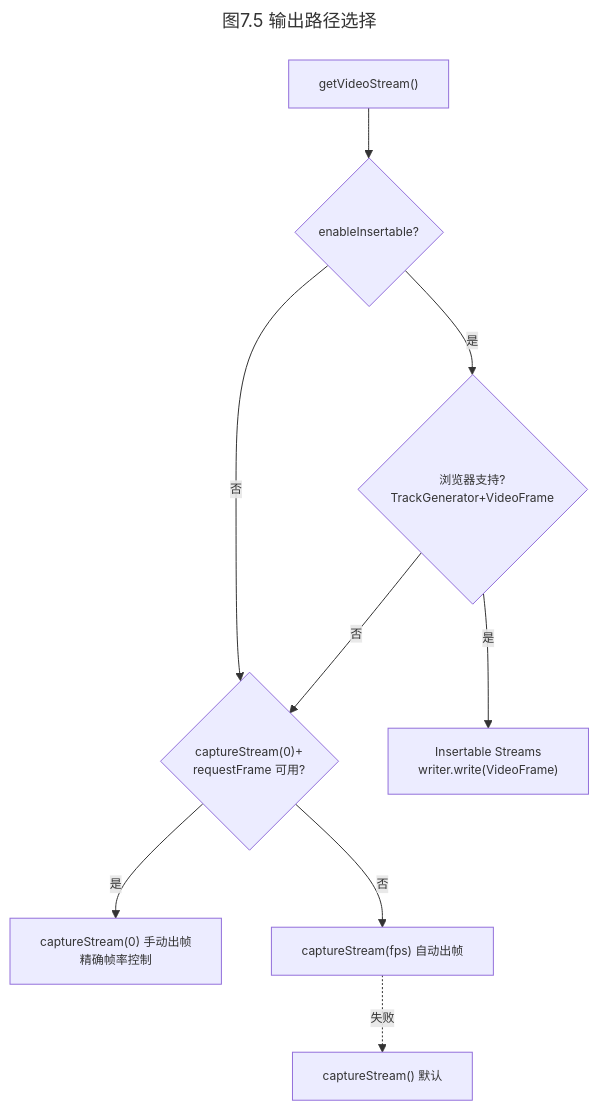
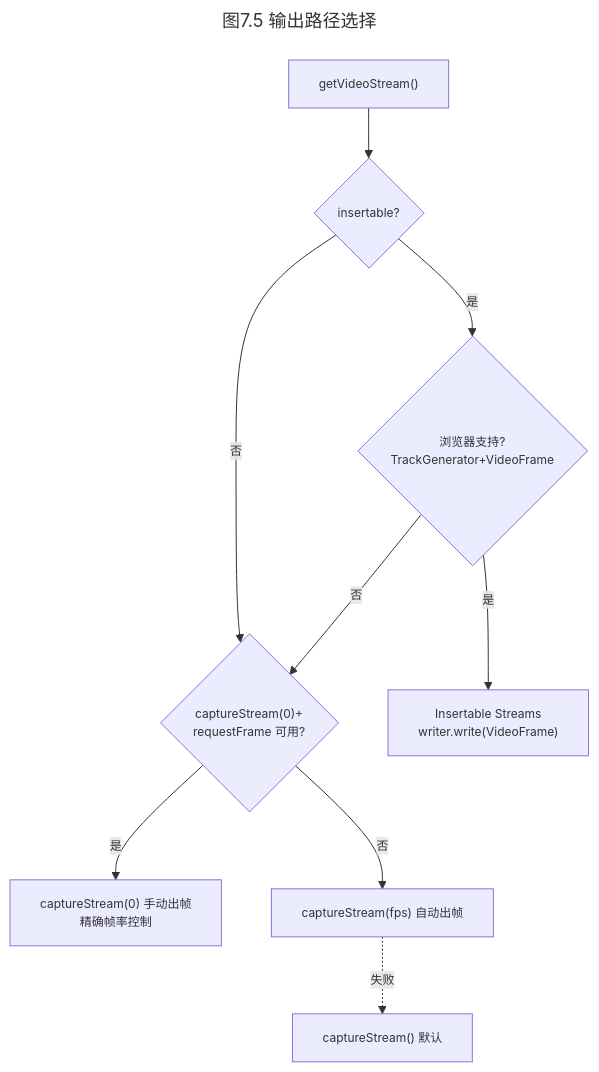
One commit to lei40251/JsSIP changed diagram 12 of 19 in docs/MediaEffectsComposer/MediaEffectsComposer-学习手册.md. Above: the diagram before and after it, drawn with Mermaid. The commit also changed other lines of this file and 40 other files, not shown here.

````diff
--- a/docs/MediaEffectsComposer/MediaEffectsComposer-学习手册.md
+++ b/docs/MediaEffectsComposer/MediaEffectsComposer-学习手册.md
@@ -584,26 +584,26 @@
 ```mermaid
 ---
 title: 图7.5  输出路径选择
 config:
   themeVariables:
     fontSize: 12px
 ---
 graph TD
     START["getVideoStream()"]
-    Q1{"enableInsertable?"}
+    Q1{"insertable?"}
     Q2{"浏览器支持?<br/>TrackGenerator+VideoFrame"}
     INS["Insertable Streams<br/>writer.write(VideoFrame)"]
     Q3{"captureStream(0)+<br/>requestFrame 可用?"}
     CAP_M["captureStream(0) 手动出帧<br/>精确帧率控制"]
     CAP_A["captureStream(fps) 自动出帧"]
     FALLBACK["captureStream() 默认"]
 
     START --> Q1
     Q1 -->|"否"| Q3
     Q1 -->|"是"| Q2
     Q2 -->|"否"| Q3
     Q2 -->|"是"| INS
     Q3 -->|"是"| CAP_M
     Q3 -->|"否"| CAP_A
     CAP_A -.->|"失败"| FALLBACK
 ```
````
